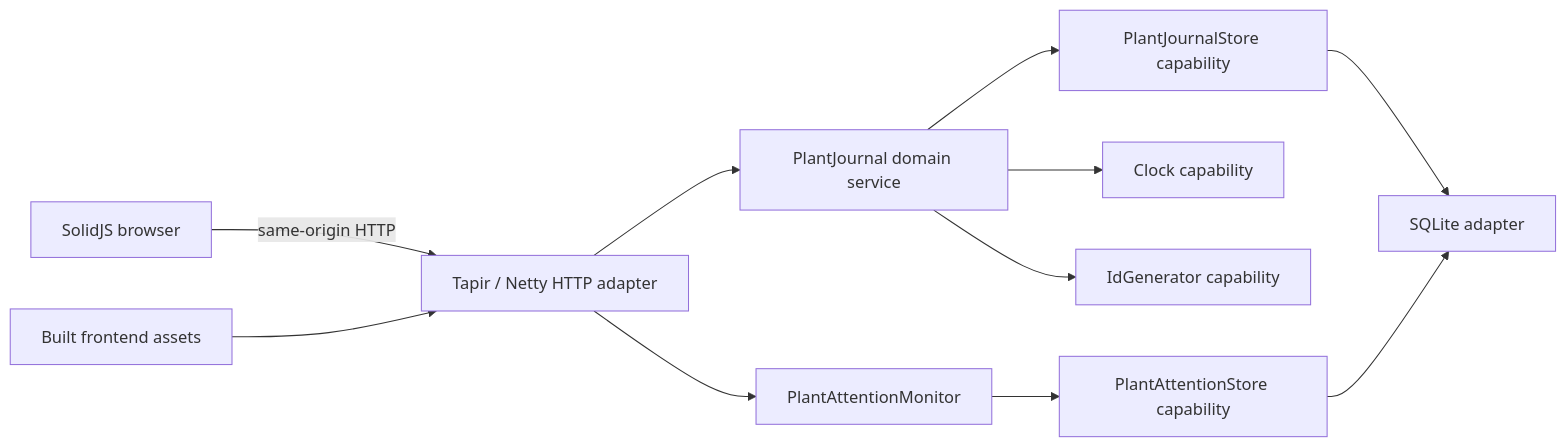
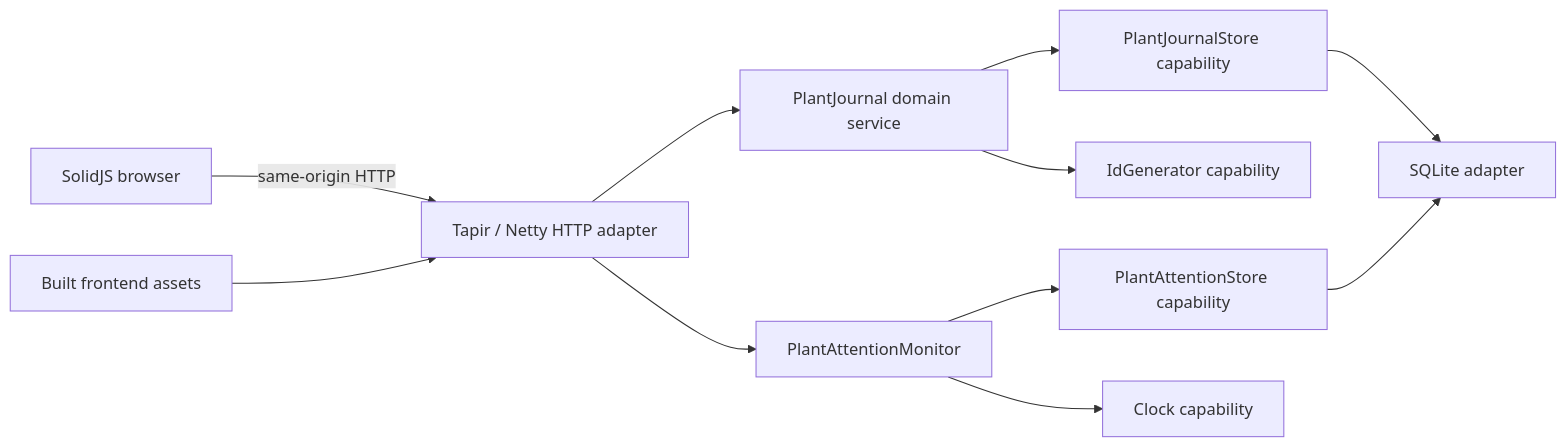
One commit to cosminci/gardening changed the second of 2 diagrams in specs/design.md. Above: the diagram before and after it, drawn with Mermaid. The commit also changed other lines of this file and 8 other files, not shown here.

````diff
--- a/specs/design.md
+++ b/specs/design.md
@@ -74,13 +77,13 @@
 ```mermaid
 flowchart LR
     Browser["SolidJS browser"] -->|"same-origin HTTP"| HTTP["Tapir / Netty HTTP adapter"]
     Static["Built frontend assets"] --> HTTP
     HTTP --> Journal["PlantJournal domain service"]
     HTTP --> Attention["PlantAttentionMonitor"]
     Journal --> StorePort["PlantJournalStore capability"]
     Attention --> AttentionPort["PlantAttentionStore capability"]
-    Journal --> Clock["Clock capability"]
     Journal --> IDs["IdGenerator capability"]
+    Attention --> Clock["Clock capability"]
     StorePort --> SQLite["SQLite adapter"]
     AttentionPort --> SQLite
 ```
````
